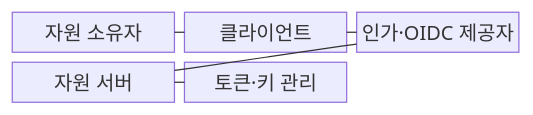
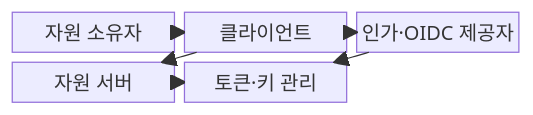
Before and after one commit to agnusdei1207/knowledge-base: the first of 2 diagrams in src/content/docs/notes/05-security/057_oauth_oidc.md, drawn with Mermaid. The commit also changed other lines of this file and 20 other files, not shown here.

````diff
--- a/src/content/docs/notes/05-security/057_oauth_oidc.md
+++ b/src/content/docs/notes/05-security/057_oauth_oidc.md
@@ -63,13 +64,14 @@
 ```mermaid
 block-beta
   columns 3
   A["자원 소유자"]
   B["클라이언트"]
   C["인가·OIDC 제공자"]
   D["자원 서버"]
   E["토큰·키 관리"]
-    A --- B
-    B --- C
-    C --- D
-    D --- E
+    A --> B
+    B --> C
+    B --> D
+    C --> E
+    D --> E
 ```
````
